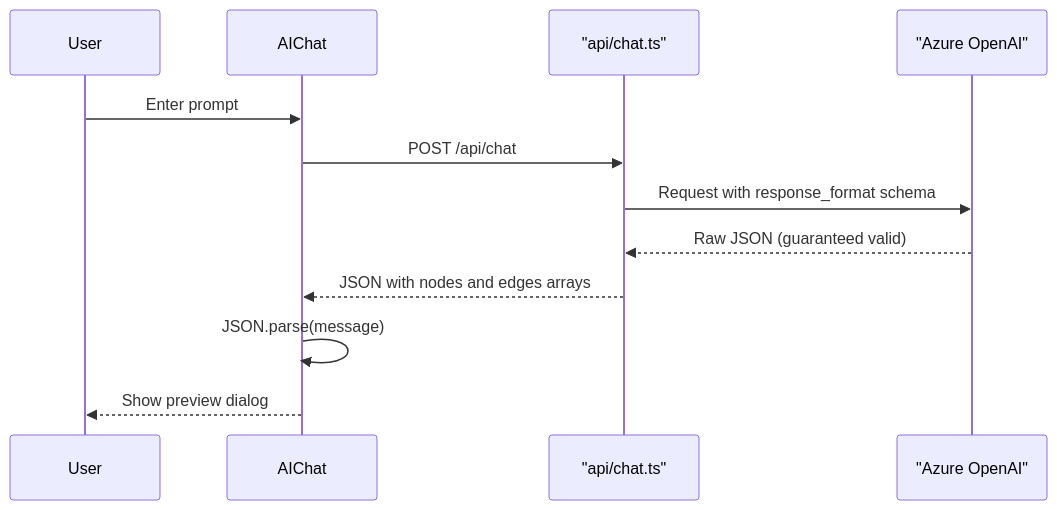
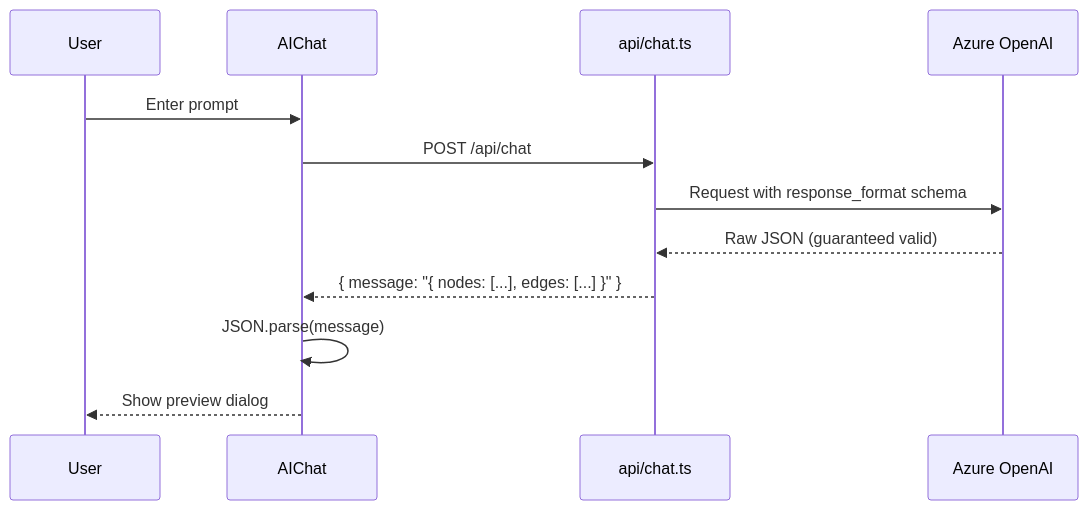
The first of 2 diagrams in README.md (tmcfarlane/flowchart), drawn with Mermaid before and after one commit. The commit also changed other lines of this file and 28 other files, not shown here.

````diff
--- a/README.md
+++ b/README.md
@@ -138,15 +138,15 @@
 ```mermaid
 sequenceDiagram
     participant User
     participant AIChat
-    participant API as "api/chat.ts"
-    participant Azure as "Azure OpenAI"
+    participant API as api/chat.ts
+    participant Azure as Azure OpenAI
 
     User->>AIChat: Enter prompt
     AIChat->>API: POST /api/chat
     API->>Azure: Request with response_format schema
     Azure-->>API: Raw JSON (guaranteed valid)
-    API-->>AIChat: JSON with nodes and edges arrays
+    API-->>AIChat: { message: "{ nodes: [...], edges: [...] }" }
     AIChat->>AIChat: JSON.parse(message)
     AIChat-->>User: Show preview dialog
 ```
````
